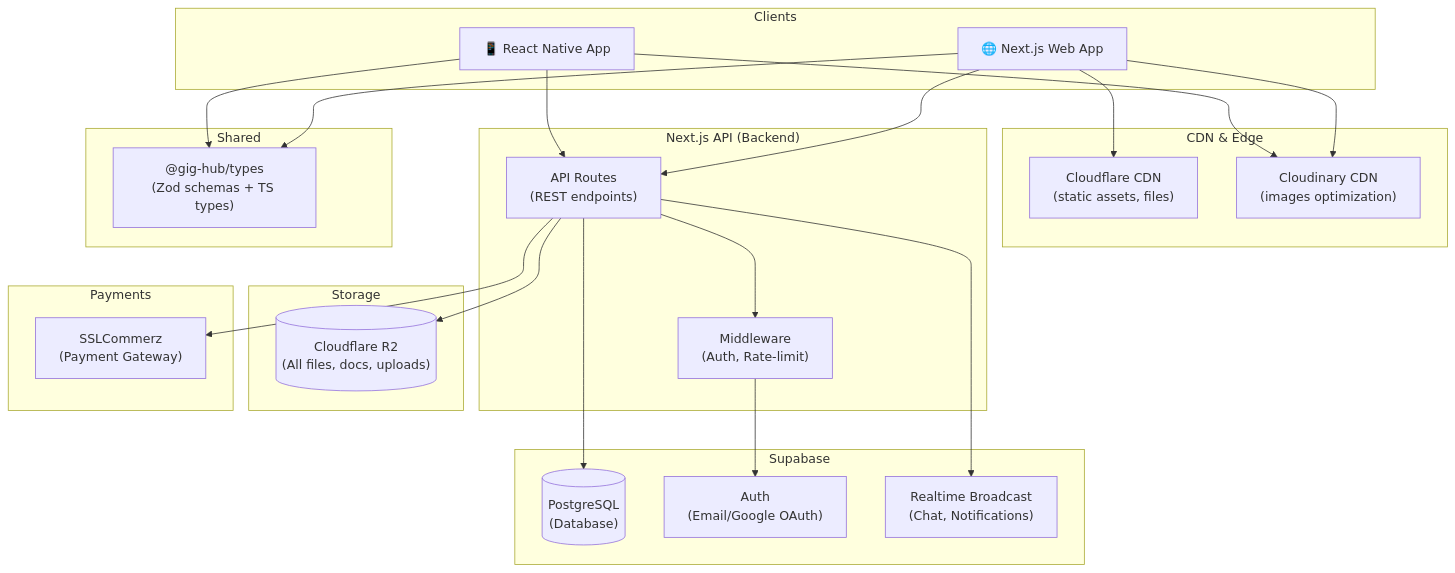
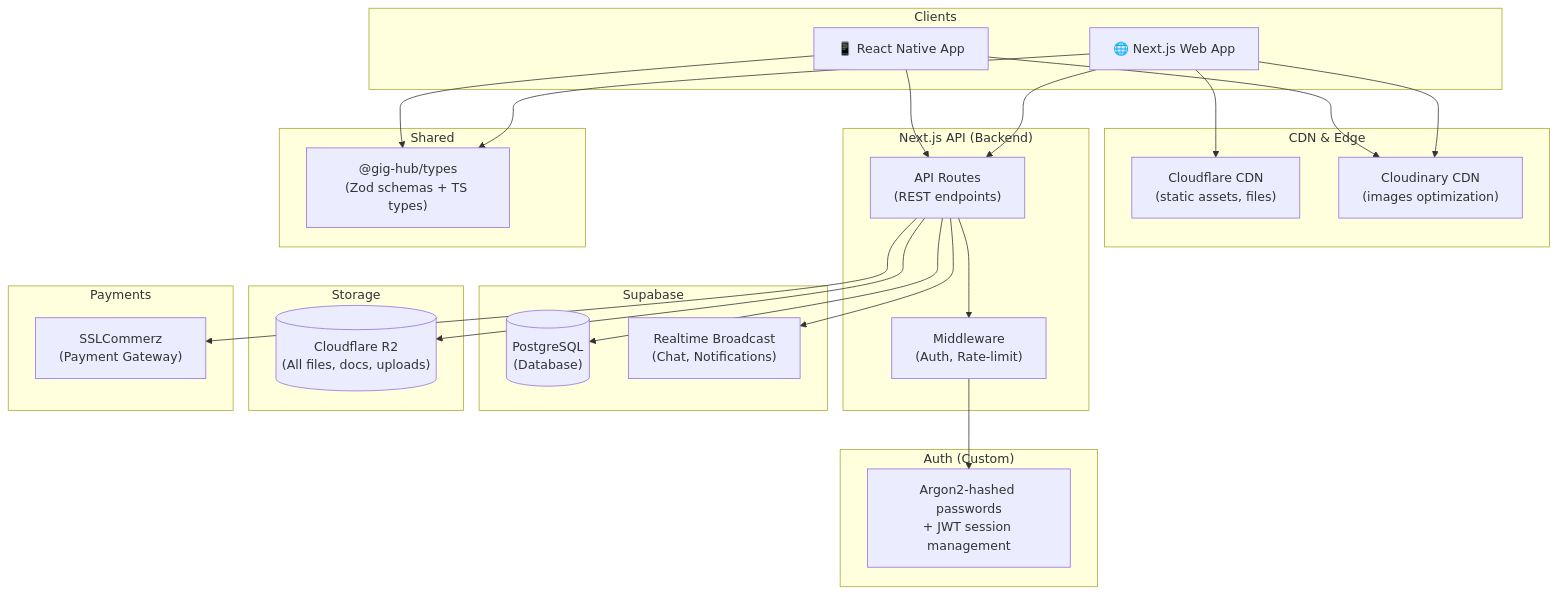
The first of 7 diagrams in readme.md (ahsanulhoqueabir/GigHub), drawn with Mermaid before and after one commit. The commit also changed other lines of this file, not shown here.

````diff
--- a/readme.md
+++ b/readme.md
@@ -119,49 +139,52 @@
 ```mermaid
 graph TB
     subgraph Clients
         WEB["🌐 Next.js Web App"]
         MOBILE["📱 React Native App"]
     end
 
     subgraph "CDN & Edge"
         CF["Cloudflare CDN<br/>(static assets, files)"]
         CL["Cloudinary CDN<br/>(images optimization)"]
     end
 
     subgraph "Next.js API (Backend)"
         API["API Routes<br/>(REST endpoints)"]
         MID["Middleware<br/>(Auth, Rate-limit)"]
     end
 
     subgraph "Supabase"
         PG[("PostgreSQL<br/>(Database)")]
-        SB_AUTH["Auth<br/>(Email/Google OAuth)"]
         SB_REALTIME["Realtime Broadcast<br/>(Chat, Notifications)"]
+    end
+
+    subgraph "Auth (Custom)"
+        AUTH["Argon2-hashed passwords<br/>+ JWT session management"]
     end
 
     subgraph "Storage"
         R2[("Cloudflare R2<br/>(All files, docs, uploads)")]
     end
 
     subgraph "Payments"
         SSL["SSLCommerz<br/>(Payment Gateway)"]
     end
 
     subgraph "Shared"
         TYPES["@gig-hub/types<br/>(Zod schemas + TS types)"]
     end
 
     WEB --> CF
     WEB --> API
     MOBILE --> API
     WEB --> CL
     MOBILE --> CL
     API --> MID
-    MID --> SB_AUTH
+    MID --> AUTH
     API --> PG
     API --> SB_REALTIME
     API --> R2
     API --> SSL
     WEB --> TYPES
     MOBILE --> TYPES
 ```
````
